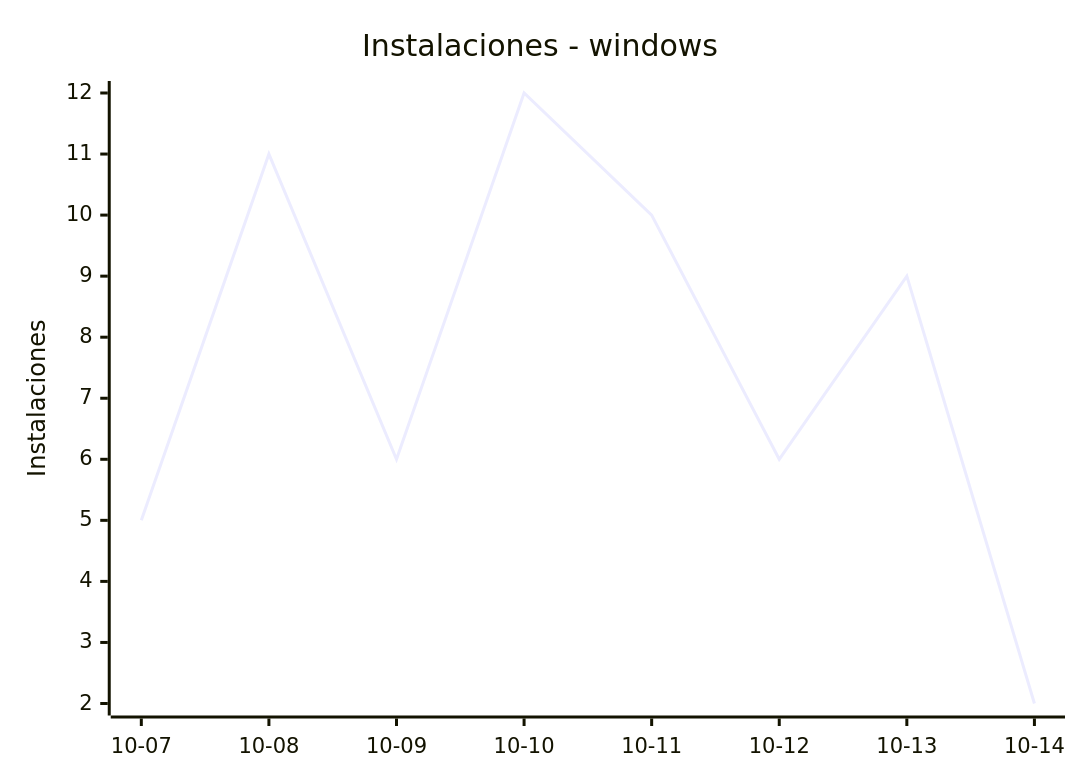
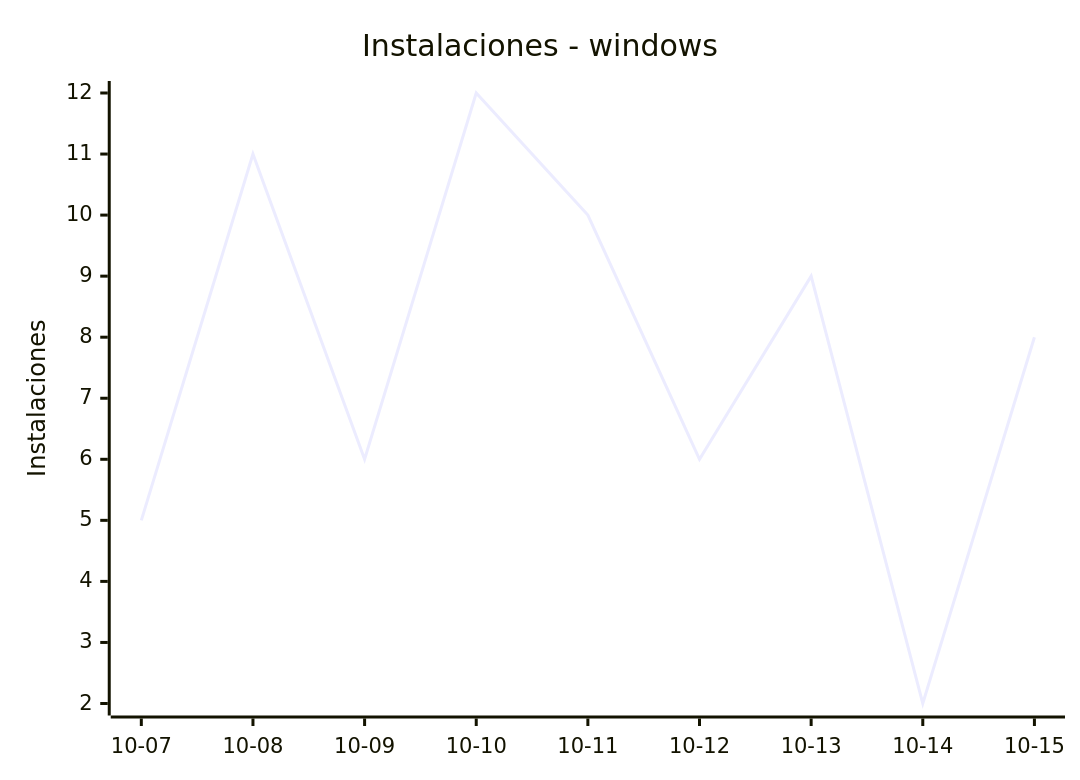
One commit to EmuDeck/stats changed the sixth of 8 diagrams in README.md. Above: the diagram before and after it, drawn with Mermaid. The commit also changed other lines of this file and 2 other files, not shown here.

````diff
--- a/README.md
+++ b/README.md
@@ -68,7 +68,7 @@
 ```mermaid
 xychart-beta
     title "Instalaciones - windows"
-    x-axis ["10-07", "10-08", "10-09", "10-10", "10-11", "10-12", "10-13", "10-14"]
+    x-axis ["10-07", "10-08", "10-09", "10-10", "10-11", "10-12", "10-13", "10-14", "10-15"]
     y-axis "Instalaciones"
-    line [5, 11, 6, 12, 10, 6, 9, 2]
+    line [5, 11, 6, 12, 10, 6, 9, 2, 8]
 ```
````
